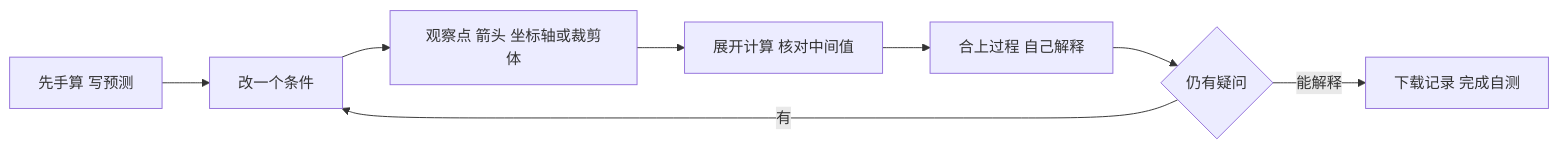
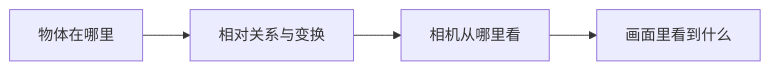
Before and after one commit to hongyesuifeng/openClasses: the diagram in domains/game-engine/experiments/web3d-learning/docs/stage-01-lab.md, drawn with Mermaid. The commit also changed other lines of this file and 20 other files, not shown here.

````diff
--- a/domains/game-engine/experiments/web3d-learning/docs/stage-01-lab.md
+++ b/domains/game-engine/experiments/web3d-learning/docs/stage-01-lab.md
@@ -23,10 +29,6 @@
 ```mermaid
 flowchart LR
-    A[先手算 写预测] --> B[改一个条件]
-    B --> C[观察点 箭头 坐标轴或裁剪体]
-    C --> D[展开计算 核对中间值]
-    D --> E[合上过程 自己解释]
-    E --> F{仍有疑问}
-    F -->|有| B
-    F -->|能解释| G[下载记录 完成自测]
+    A[物体在哪里] --> B[相对关系与变换]
+    B --> C[相机从哪里看]
+    C --> D[画面里看到什么]
 ```
````
